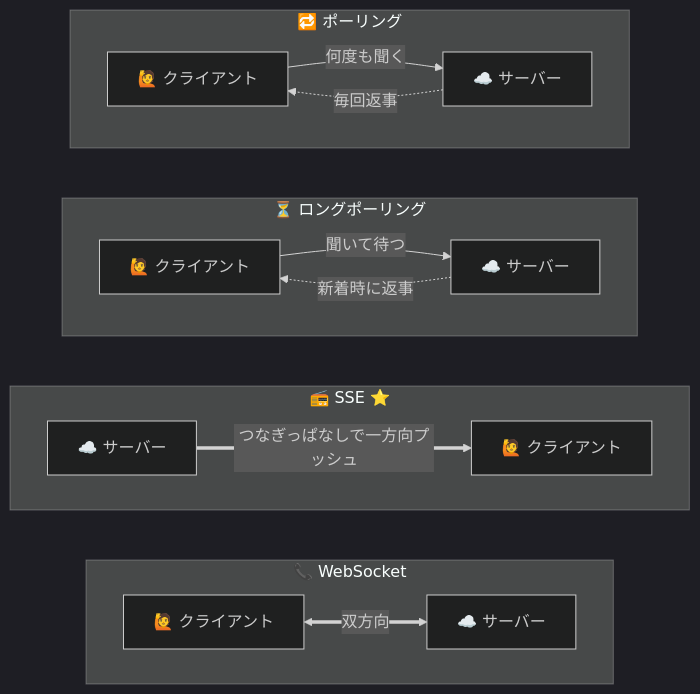
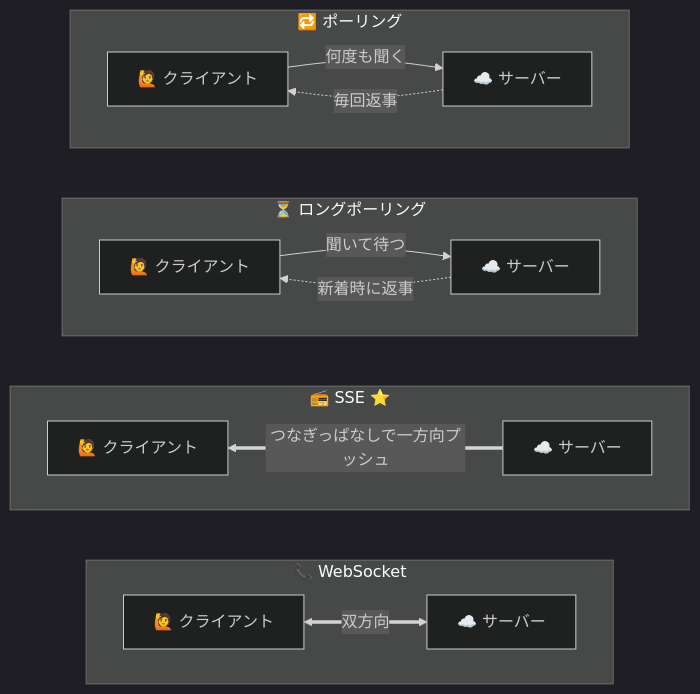
The ninth of 15 diagrams in docs/sse.md (jigintern/2026-online-1week-template), drawn with Mermaid (dark theme) before and after one commit. The commit also changed other lines of this file, not shown here.

Commit message:
Improve SSE doc diagrams, step order, and section references.

````diff
--- a/docs/sse.md
+++ b/docs/sse.md
@@ -221,22 +221,22 @@
 ```mermaid
 flowchart TB
     subgraph P["🔁 ポーリング"]
         direction LR
         pc["🙋 クライアント"] -- "何度も聞く" --> ps["☁️ サーバー"]
         ps -. "毎回返事" .-> pc
     end
     subgraph L["⏳ ロングポーリング"]
         direction LR
         lc["🙋 クライアント"] -- "聞いて待つ" --> ls["☁️ サーバー"]
         ls -. "新着時に返事" .-> lc
     end
     subgraph E["📻 SSE ⭐"]
-        direction LR
+        direction RL
         es["☁️ サーバー"] == "つなぎっぱなしで一方向プッシュ" ==> ec["🙋 クライアント"]
     end
     subgraph W["📞 WebSocket"]
         direction LR
         wc["🙋 クライアント"] <== "双方向" ==> ws["☁️ サーバー"]
     end
     P ~~~ L ~~~ E ~~~ W
 ```
````
